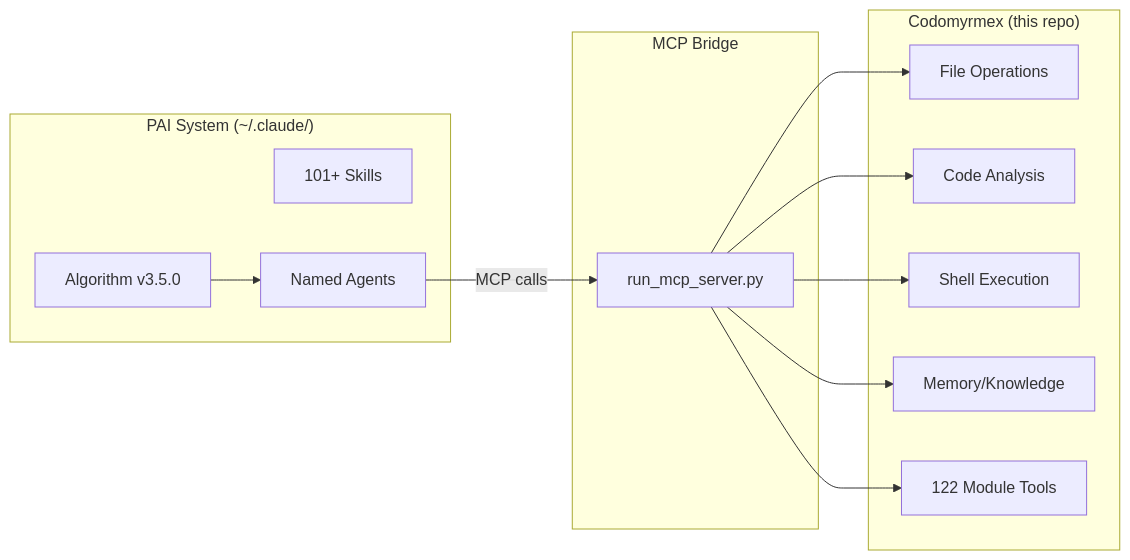
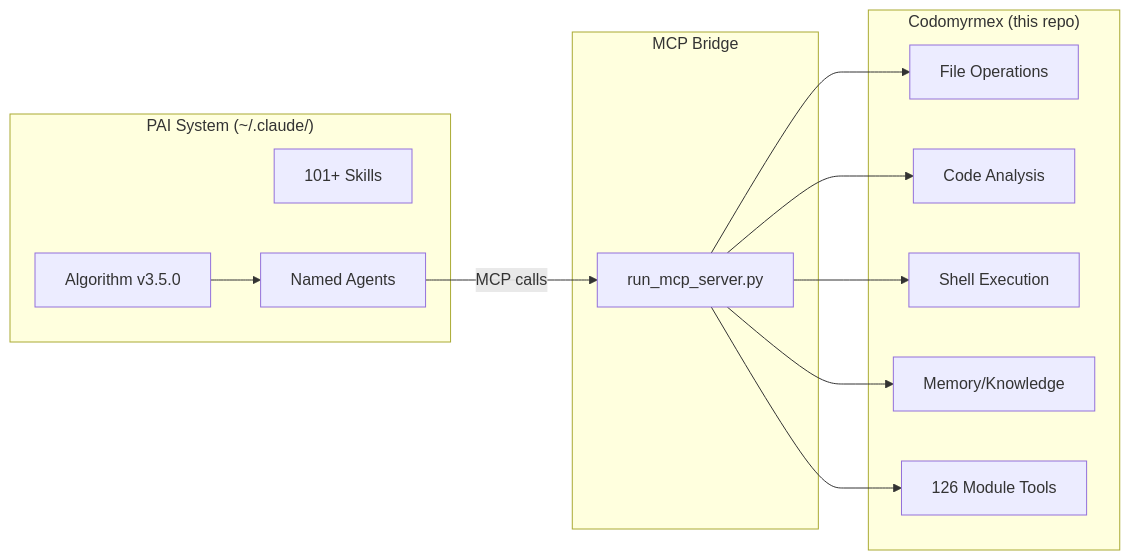
The diagram in PAI.md (docxology/codomyrmex), drawn with Mermaid before and after one commit. The commit also changed other lines of this file and 72 other files, not shown here.

````diff
--- a/PAI.md
+++ b/PAI.md
@@ -35,28 +35,28 @@
 ```mermaid
 graph LR
     subgraph PAI ["PAI System (~/.claude/)"]
         Algo["Algorithm v3.5.0"]
         Skills["101+ Skills"]
         Agents["Named Agents"]
     end
 
     subgraph Bridge ["MCP Bridge"]
         Server["run_mcp_server.py"]
     end
 
     subgraph Codomyrmex ["Codomyrmex (this repo)"]
         FileOps["File Operations"]
         CodeAnalysis["Code Analysis"]
         Shell["Shell Execution"]
         Memory["Memory/Knowledge"]
-        Modules["122 Module Tools"]
+        Modules["126 Module Tools"]
     end
 
     Algo --> Agents
     Agents -->|"MCP calls"| Server
     Server --> FileOps
     Server --> CodeAnalysis
     Server --> Shell
     Server --> Memory
     Server --> Modules
 ```
````
